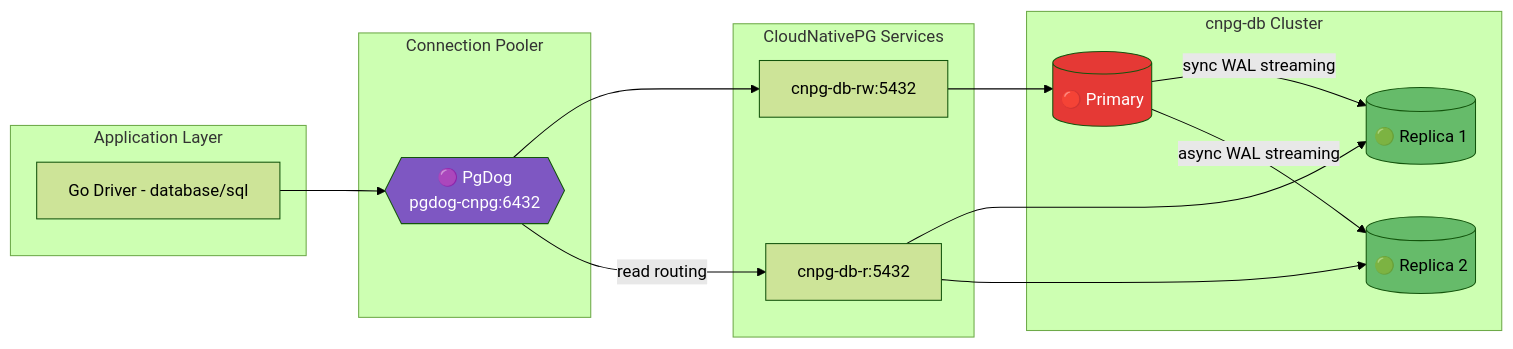
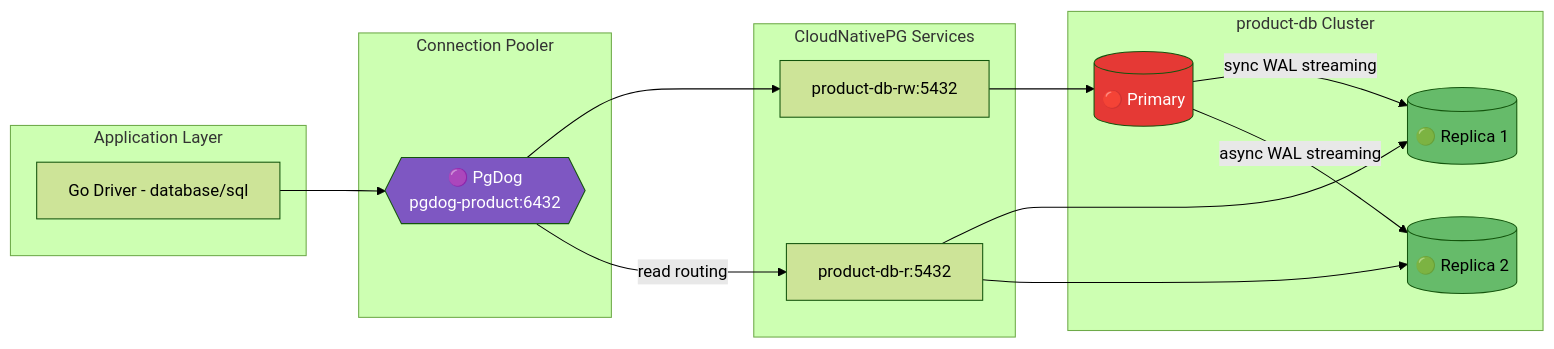
One commit to duynhlab/homelab changed the diagram in kubernetes/infra/configs/databases/clusters/README.md. Above: the diagram before and after it, drawn with Mermaid (forest theme). The commit also changed other lines of this file and 243 other files, not shown here.

````diff
--- a/kubernetes/infra/configs/databases/clusters/README.md
+++ b/kubernetes/infra/configs/databases/clusters/README.md
@@ -61,35 +67,35 @@
 ```mermaid
 flowchart LR
     subgraph App["Application Layer"]
         Driver["Go Driver - database/sql"]
     end
 
     subgraph Pooler["Connection Pooler"]
-        PgDog{{"🟣 PgDog<br/>pgdog-cnpg:6432"}}
+        PgDog{{"🟣 PgDog<br/>pgdog-product:6432"}}
     end
 
     subgraph CNPG["CloudNativePG Services"]
-        RW["cnpg-db-rw:5432"]
-        R["cnpg-db-r:5432"]
+        RW["product-db-rw:5432"]
+        R["product-db-r:5432"]
     end
 
-    subgraph Cluster["cnpg-db Cluster"]
+    subgraph Cluster["product-db Cluster"]
         Primary[("🔴 Primary")]
         Replica1[("🟢 Replica 1")]
         Replica2[("🟢 Replica 2")]
     end
 
     Driver --> PgDog
     PgDog --> RW
     PgDog -->|"read routing"| R
     RW --> Primary
     R --> Replica1
     R --> Replica2
     Primary -->|"sync WAL streaming"| Replica1
     Primary -->|"async WAL streaming"| Replica2
     
     style Primary fill:#E53935,color:#fff
     style Replica1 fill:#66BB6A
     style Replica2 fill:#66BB6A
     style PgDog fill:#7E57C2,color:#fff
 ```
````
